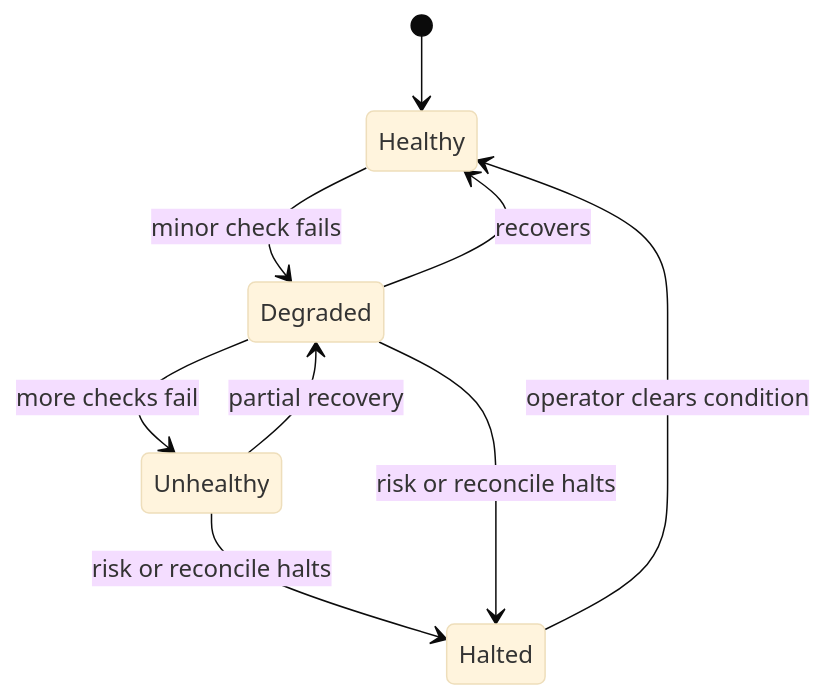
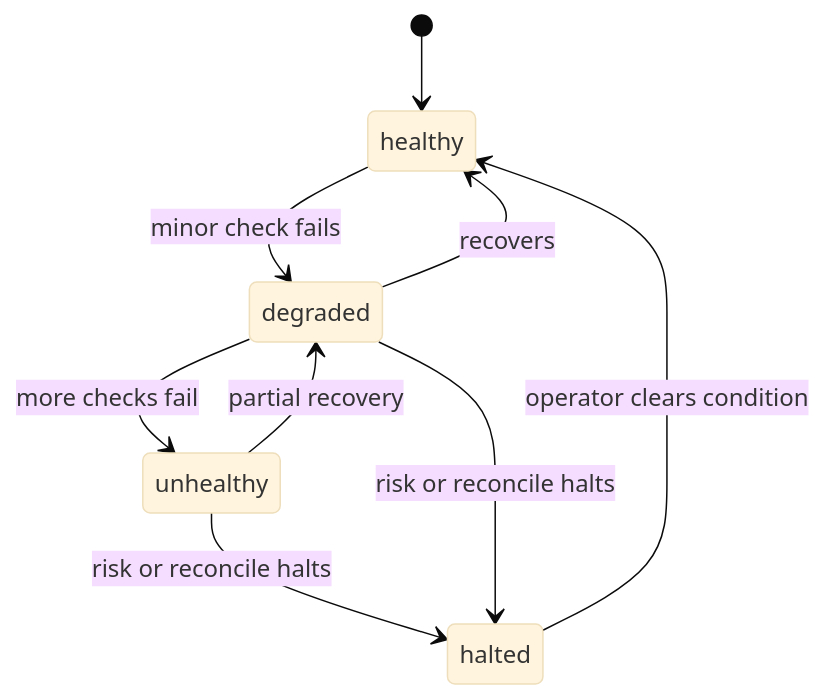
Before and after one commit to D1ZZY4/indodax-mcp: the diagram in docs/operations/runbook.md, drawn with Mermaid (base theme). The commit also changed other lines of this file and 11 other files, not shown here.

First line of the commit message:
docs: refresh guides, diagrams, and references

````diff
--- a/docs/operations/runbook.md
+++ b/docs/operations/runbook.md
@@ -3,11 +3,11 @@
 ```mermaid
 stateDiagram-v2
-    [*] --> Healthy
-    Healthy --> Degraded : minor check fails
-    Degraded --> Healthy : recovers
-    Degraded --> Unhealthy : more checks fail
-    Unhealthy --> Degraded : partial recovery
-    Unhealthy --> Halted : risk or reconcile halts
-    Degraded --> Halted : risk or reconcile halts
-    Halted --> Healthy : operator clears condition
+    [*] --> healthy
+    healthy --> degraded : minor check fails
+    degraded --> healthy : recovers
+    degraded --> unhealthy : more checks fail
+    unhealthy --> degraded : partial recovery
+    unhealthy --> halted : risk or reconcile halts
+    degraded --> halted : risk or reconcile halts
+    halted --> healthy : operator clears condition
 ```
````
